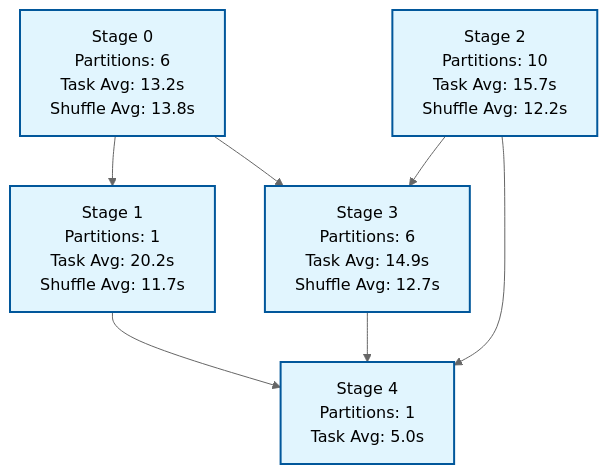
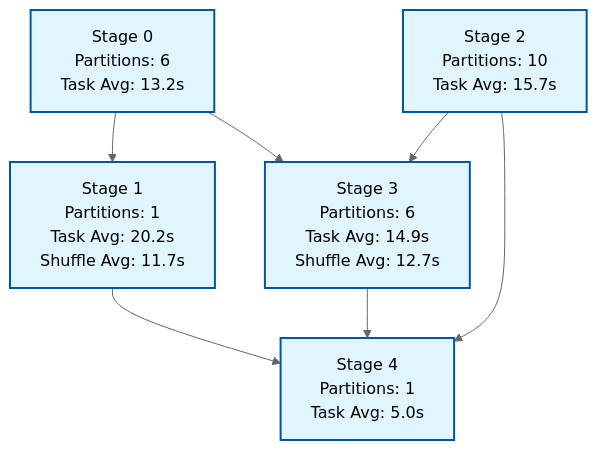
One commit to fhalde/fauxspark changed the diagram in examples/generated/run2/README.md. Above: the diagram before and after it, drawn with Mermaid (neutral theme). The commit also changed 4 other files, not shown here.

````diff
--- a/examples/generated/run2/README.md
+++ b/examples/generated/run2/README.md
@@ -9,12 +9,12 @@
 ```mermaid
 graph TD
-    Stage0["Stage 0<br/>Partitions: 6<br/>Task Avg: 13.2s<br/>Shuffle Avg: 13.8s"] --> Stage1["Stage 1<br/>Partitions: 1<br/>Task Avg: 20.2s<br/>Shuffle Avg: 11.7s"]
-    Stage2["Stage 2<br/>Partitions: 10<br/>Task Avg: 15.7s<br/>Shuffle Avg: 12.2s"] --> Stage3["Stage 3<br/>Partitions: 6<br/>Task Avg: 14.9s<br/>Shuffle Avg: 12.7s"]
+    Stage0["Stage 0<br/>Partitions: 6<br/>Task Avg: 13.2s"] --> Stage1["Stage 1<br/>Partitions: 1<br/>Task Avg: 20.2s<br/>Shuffle Avg: 11.7s"]
+    Stage2["Stage 2<br/>Partitions: 10<br/>Task Avg: 15.7s"] --> Stage3["Stage 3<br/>Partitions: 6<br/>Task Avg: 14.9s<br/>Shuffle Avg: 12.7s"]
     Stage0 --> Stage3
     Stage1 --> Stage4["Stage 4<br/>Partitions: 1<br/>Task Avg: 5.0s"]
     Stage2 --> Stage4
     Stage3 --> Stage4
 
     classDef stageBox fill:#e1f5fe,stroke:#01579b,stroke-width:2px
     class Stage0,Stage1,Stage2,Stage3,Stage4 stageBox
 ```
````
